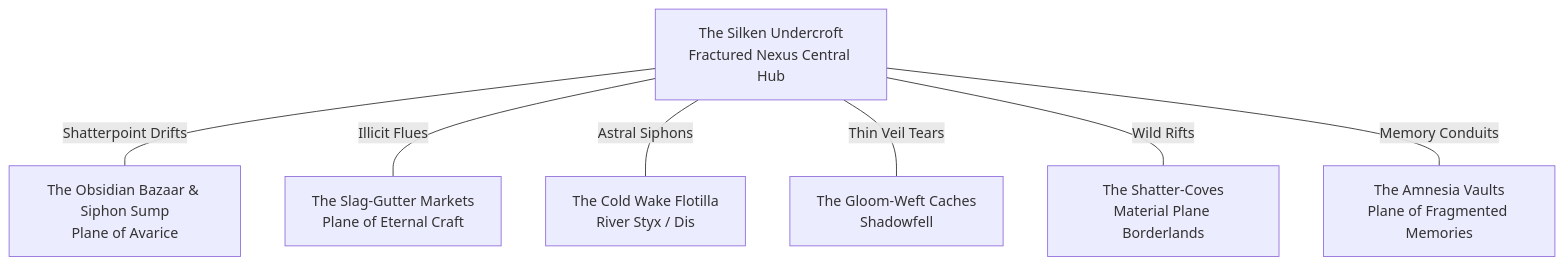
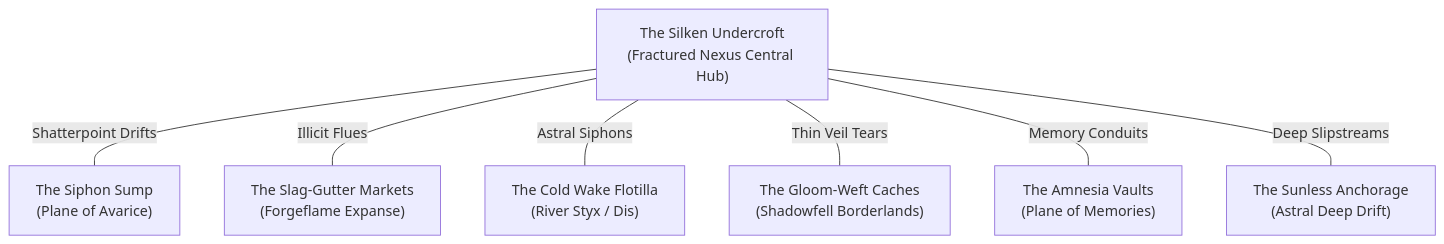
Before and after one commit to TheBigWazowkski1997/The-Shattered-Loom-Online-Wiki: the second of 8 diagrams in src/content/wiki/Planes of Existence/The Interplanar Black Market & Smuggling Ruleset.md, drawn with Mermaid. The commit also changed other lines of this file and 19 other files, not shown here.

Commit message:
feat(nexus): expand Fractured Nexus gazetteer, map, Order of the Severed Eye lodge, factions, and NPCs

````diff
--- a/src/content/wiki/Planes of Existence/The Interplanar Black Market & Smuggling Ruleset.md
+++ b/src/content/wiki/Planes of Existence/The Interplanar Black Market & Smuggling Ruleset.md
@@ -34,18 +49,18 @@
 ```mermaid
 graph TD
-    Nexus["The Silken Undercroft<br/>Fractured Nexus Central Hub"]
+    Nexus["The Silken Undercroft<br/>(Fractured Nexus Central Hub)"]
     
-    Avarice["The Obsidian Bazaar & Siphon Sump<br/>Plane of Avarice"]
-    Craft["The Slag-Gutter Markets<br/>Plane of Eternal Craft"]
-    Hells["The Cold Wake Flotilla<br/>River Styx / Dis"]
-    Shadow["The Gloom-Weft Caches<br/>Shadowfell"]
-    Material["The Shatter-Coves<br/>Material Plane Borderlands"]
-    Memories["The Amnesia Vaults<br/>Plane of Fragmented Memories"]
+    Avarice["The Siphon Sump<br/>(Plane of Avarice)"]
+    Craft["The Slag-Gutter Markets<br/>(Forgeflame Expanse)"]
+    Hells["The Cold Wake Flotilla<br/>(River Styx / Dis)"]
+    Shadow["The Gloom-Weft Caches<br/>(Shadowfell Borderlands)"]
+    Memories["The Amnesia Vaults<br/>(Plane of Memories)"]
+    Astral["The Sunless Anchorage<br/>(Astral Deep Drift)"]
 
     Nexus ---|"Shatterpoint Drifts"| Avarice
     Nexus ---|"Illicit Flues"| Craft
     Nexus ---|"Astral Siphons"| Hells
     Nexus ---|"Thin Veil Tears"| Shadow
-    Nexus ---|"Wild Rifts"| Material
     Nexus ---|"Memory Conduits"| Memories
+    Nexus ---|"Deep Slipstreams"| Astral
 ```
````
